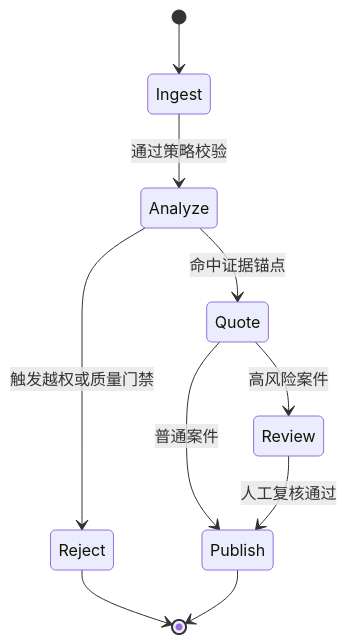
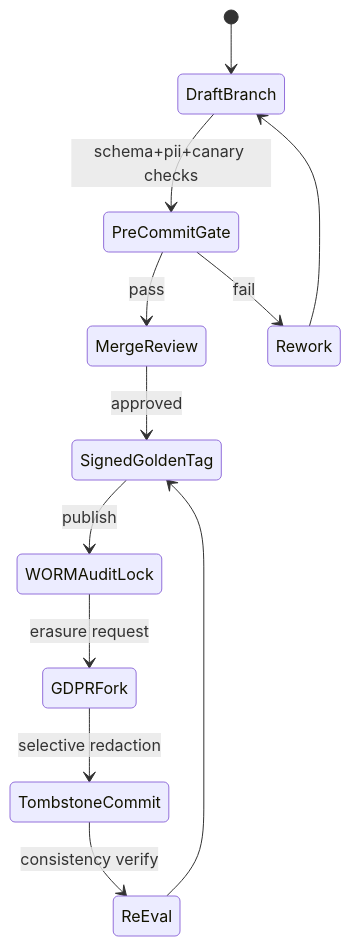
The second of 2 diagrams in docs/azure-agent-infra/eval-corpus-versioning-lineage-lakefs-adls-zero-copy-vs-foundry-ml-data-assets-vs-delta-dvc-selection-faq.md (turbo998/ai-infra-lab), drawn with Mermaid before and after one commit. The commit also changed other lines of this file and 1 other file, not shown here.

Commit message:
fix(azure-agent-infra): rewrite #456 with genuine lakeFS/Foundry/Delta eval corpus SA prose

````diff
--- a/docs/azure-agent-infra/eval-corpus-versioning-lineage-lakefs-adls-zero-copy-vs-foundry-ml-data-assets-vs-delta-dvc-selection-faq.md
+++ b/docs/azure-agent-infra/eval-corpus-versioning-lineage-lakefs-adls-zero-copy-vs-foundry-ml-data-assets-vs-delta-dvc-selection-faq.md
@@ -77,12 +70,14 @@
 ```mermaid
 stateDiagram-v2
-  [*] --> Ingest
-  Ingest --> Analyze: 通过策略校验
-  Analyze --> Quote: 命中证据锚点
-  Quote --> Review: 高风险案件
-  Quote --> Publish: 普通案件
-  Review --> Publish: 人工复核通过
-  Analyze --> Reject: 触发越权或质量门禁
-  Reject --> [*]
-  Publish --> [*]
+  [*] --> DraftBranch
+  DraftBranch --> PreCommitGate: schema+pii+canary checks
+  PreCommitGate --> MergeReview: pass
+  PreCommitGate --> Rework: fail
+  MergeReview --> SignedGoldenTag: approved
+  SignedGoldenTag --> WORMAuditLock: publish
+  WORMAuditLock --> GDPRFork: erasure request
+  GDPRFork --> TombstoneCommit: selective redaction
+  TombstoneCommit --> ReEval: consistency verify
+  ReEval --> SignedGoldenTag
+  Rework --> DraftBranch
 ```
````
